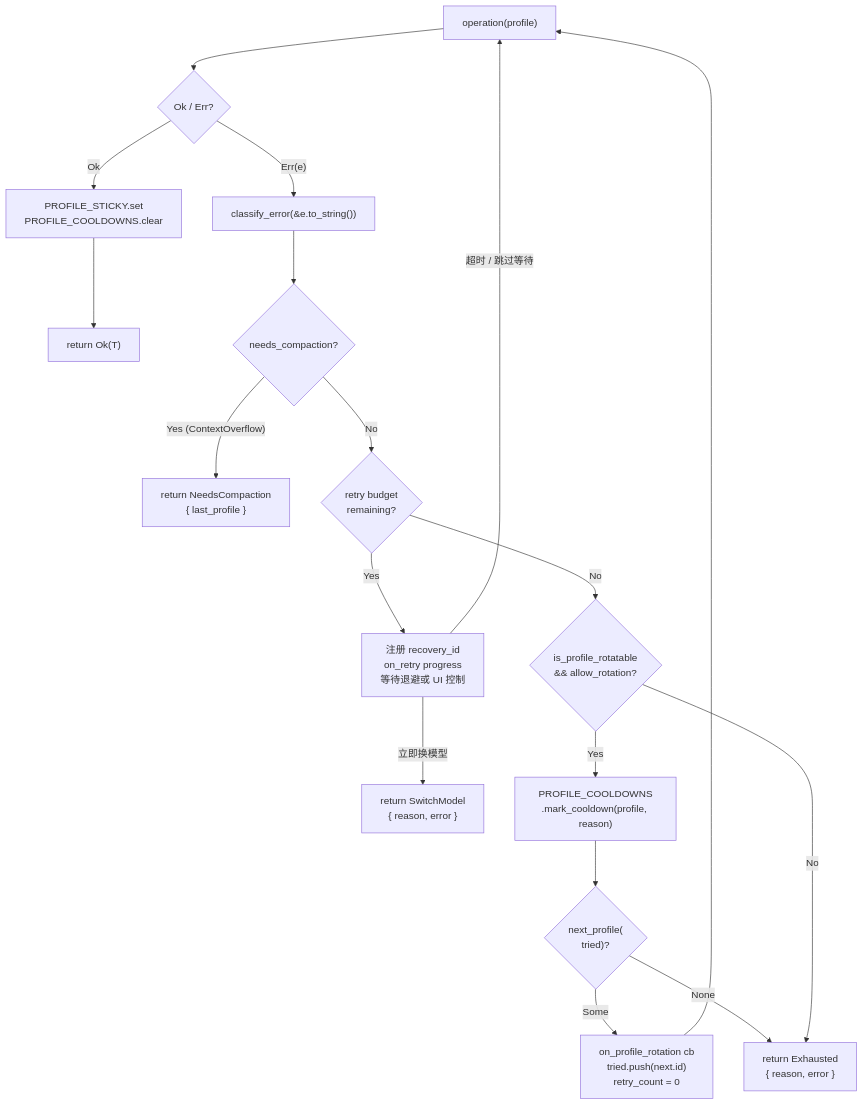
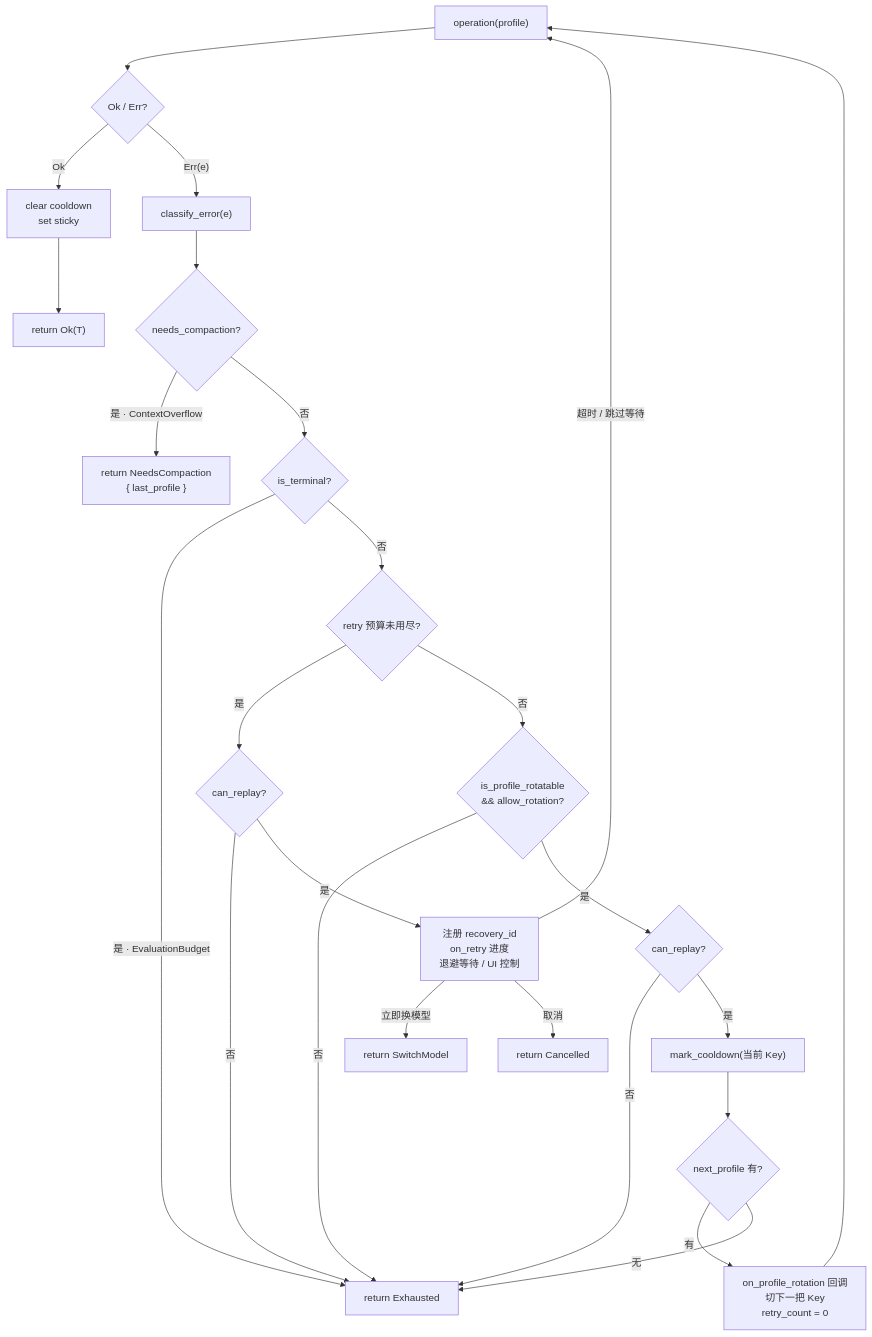
Before and after one commit to shiwenwen/hope-agent: the second of 3 diagrams in docs/architecture/failover.md, drawn with Mermaid. The commit also changed other lines of this file and 9 other files, not shown here.

````diff
--- a/docs/architecture/failover.md
+++ b/docs/architecture/failover.md
@@ -44,23 +89,28 @@
 ```mermaid
 flowchart TD
-    Op["operation(profile)"] --> Result{"Ok / Err?"}
-    Result -- "Ok" --> Sticky["PROFILE_STICKY.set<br/>PROFILE_COOLDOWNS.clear"]
-    Sticky --> ReturnOk["return Ok(T)"]
+    Start["operation(profile)"] --> Res{"Ok / Err?"}
+    Res -- Ok --> Win["clear cooldown<br/>set sticky"] --> RetOk["return Ok(T)"]
 
-    Result -- "Err(e)" --> Classify["classify_error(&e.to_string())"]
-    Classify --> Compaction{"needs_compaction?"}
-    Compaction -- "Yes (ContextOverflow)" --> NeedsCompact["return NeedsCompaction<br/>{ last_profile }"]
+    Res -- "Err(e)" --> Cls["classify_error(e)"]
+    Cls --> Comp{"needs_compaction?"}
+    Comp -- "是 · ContextOverflow" --> NC["return NeedsCompaction<br/>{ last_profile }"]
+    Comp -- 否 --> Term{"is_terminal?"}
+    Term -- "是 · EvaluationBudget" --> Exh["return Exhausted"]
+    Term -- 否 --> Budget{"retry 预算未用尽?"}
 
-    Compaction -- "No" --> Retryable{"retry budget<br/>remaining?"}
-    Retryable -- "Yes" --> Backoff["注册 recovery_id<br/>on_retry progress<br/>等待退避或 UI 控制"]
-    Backoff -- "超时 / 跳过等待" --> Op
-    Backoff -- "立即换模型" --> SwitchModel["return SwitchModel<br/>{ reason, error }"]
-    Retryable -- "No" --> Rotatable{"is_profile_rotatable<br/>&& allow_rotation?"}
-    Rotatable -- "Yes" --> MarkCooldown["PROFILE_COOLDOWNS<br/>.mark_cooldown(profile, reason)"]
-    MarkCooldown --> NextProfile{"next_profile(<br/>tried)?"}
-    NextProfile -- "Some" --> Rotate["on_profile_rotation cb<br/>tried.push(next.id)<br/>retry_count = 0"]
-    Rotate --> Op
-    NextProfile -- "None" --> Exhausted["return Exhausted<br/>{ reason, error }"]
+    Budget -- 是 --> Guard1{"can_replay?"}
+    Guard1 -- 否 --> Exh
+    Guard1 -- 是 --> Wait["注册 recovery_id<br/>on_retry 进度<br/>退避等待 / UI 控制"]
+    Wait -- "超时 / 跳过等待" --> Start
+    Wait -- 立即换模型 --> SW["return SwitchModel"]
+    Wait -- 取消 --> Cxl["return Cancelled"]
 
-    Rotatable -- "No" --> Exhausted
+    Budget -- 否 --> Rot{"is_profile_rotatable<br/>&& allow_rotation?"}
+    Rot -- 否 --> Exh
+    Rot -- 是 --> Guard2{"can_replay?"}
+    Guard2 -- 否 --> Exh
+    Guard2 -- 是 --> Mark["mark_cooldown(当前 Key)"]
+    Mark --> Next{"next_profile 有?"}
+    Next -- 有 --> Rotate["on_profile_rotation 回调<br/>切下一把 Key<br/>retry_count = 0"] --> Start
+    Next -- 无 --> Exh
 ```
````
